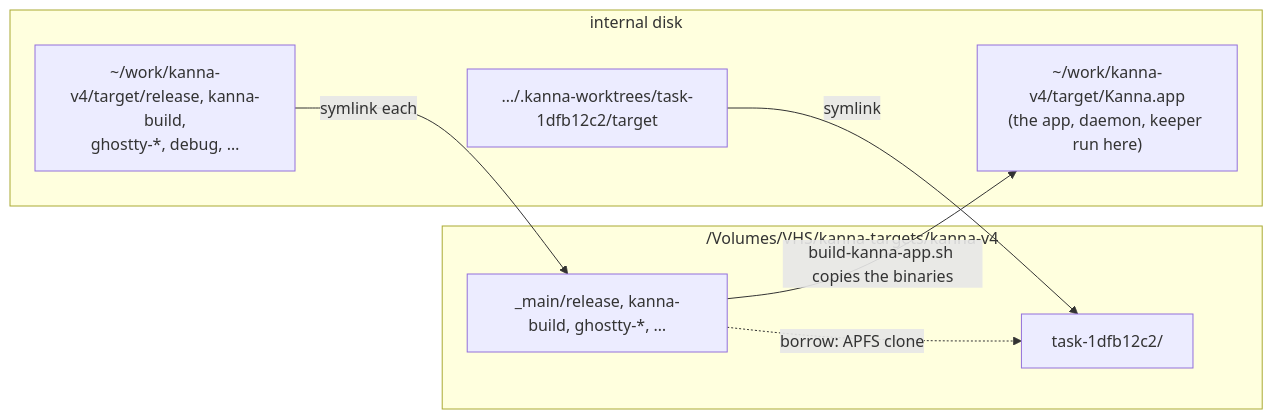
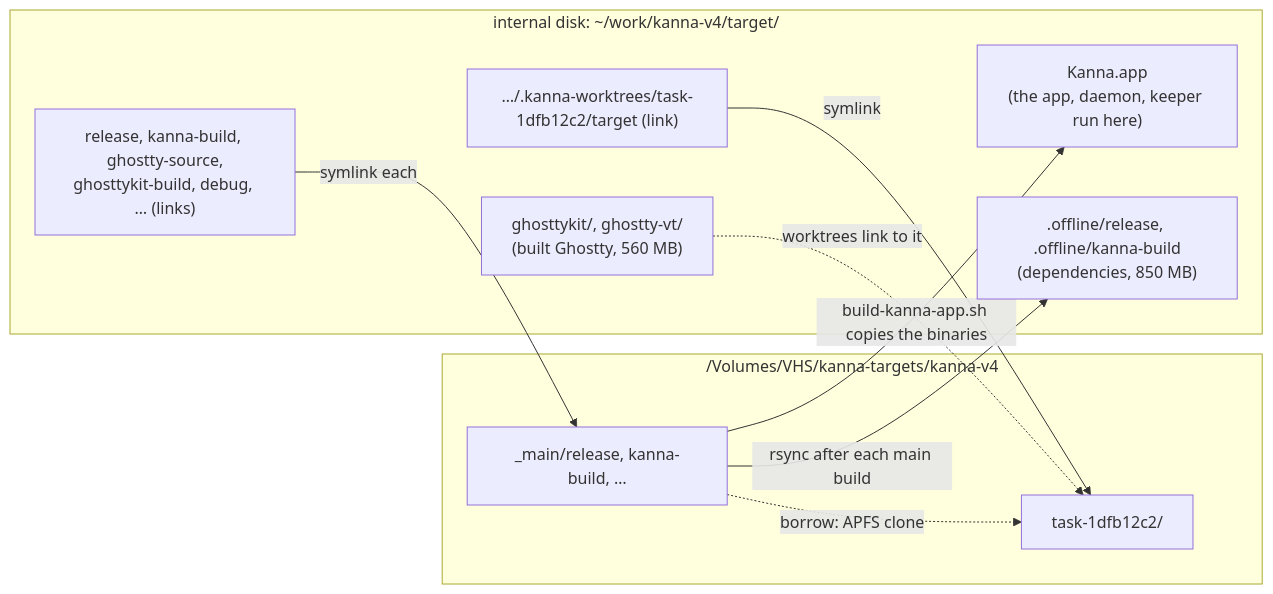
The diagram in docs/specs/build-targets.md (jemdiggity/kanna-v4), drawn with Mermaid before and after one commit. The commit also changed other lines of this file and 4 other files, not shown here.

````diff
--- a/docs/specs/build-targets.md
+++ b/docs/specs/build-targets.md
@@ -21,16 +21,20 @@
 ```mermaid
 flowchart LR
-    subgraph I["internal disk"]
-        A["~/work/kanna-v4/target/Kanna.app<br/>(the app, daemon, keeper run here)"]
-        M["~/work/kanna-v4/target/release, kanna-build,<br/>ghostty-*, debug, …"]
-        W1["…/.kanna-worktrees/task-1dfb12c2/target"]
+    subgraph I["internal disk: ~/work/kanna-v4/target/"]
+        A["Kanna.app<br/>(the app, daemon, keeper run here)"]
+        G["ghosttykit/, ghostty-vt/<br/>(built Ghostty, 560 MB)"]
+        O[".offline/release, .offline/kanna-build<br/>(dependencies, 850 MB)"]
+        M["release, kanna-build, ghostty-source,<br/>ghosttykit-build, debug, … (links)"]
+        W1["…/.kanna-worktrees/task-1dfb12c2/target (link)"]
     end
     subgraph V["/Volumes/VHS/kanna-targets/kanna-v4"]
-        MM["_main/release, kanna-build, ghostty-*, …"]
+        MM["_main/release, kanna-build, …"]
         T1["task-1dfb12c2/"]
     end
-    M -->|"symlink each"| MM
+    M -->|symlink each| MM
     W1 -->|symlink| T1
     MM -->|"build-kanna-app.sh copies the binaries"| A
+    MM -->|"rsync after each main build"| O
     MM -.->|"borrow: APFS clone"| T1
+    G -.->|"worktrees link to it"| T1
 ```
````
